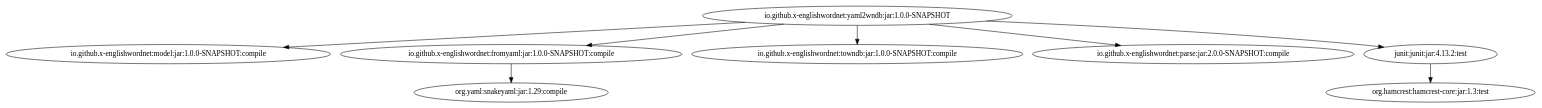
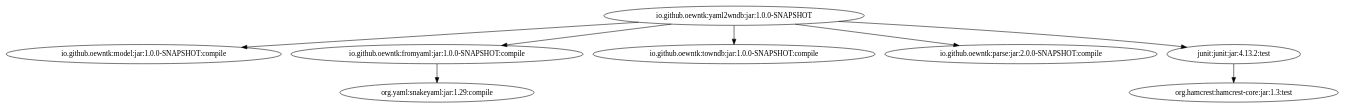
Before and after one commit to oewntk/grind_yaml2wndb: the diagram in images/grind-yaml2wndb.dot, drawn with Graphviz. The commit also changed 3 other files, not shown here.

```diff
--- a/images/grind-yaml2wndb.dot
+++ b/images/grind-yaml2wndb.dot
@@ -1,9 +1,9 @@
-digraph "io.github.x-englishwordnet:yaml2wndb:jar:1.0.0-SNAPSHOT" { 
-	"io.github.x-englishwordnet:yaml2wndb:jar:1.0.0-SNAPSHOT" -> "io.github.x-englishwordnet:model:jar:1.0.0-SNAPSHOT:compile" ; 
-	"io.github.x-englishwordnet:yaml2wndb:jar:1.0.0-SNAPSHOT" -> "io.github.x-englishwordnet:fromyaml:jar:1.0.0-SNAPSHOT:compile" ; 
-	"io.github.x-englishwordnet:yaml2wndb:jar:1.0.0-SNAPSHOT" -> "io.github.x-englishwordnet:towndb:jar:1.0.0-SNAPSHOT:compile" ; 
-	"io.github.x-englishwordnet:yaml2wndb:jar:1.0.0-SNAPSHOT" -> "io.github.x-englishwordnet:parse:jar:2.0.0-SNAPSHOT:compile" ; 
-	"io.github.x-englishwordnet:yaml2wndb:jar:1.0.0-SNAPSHOT" -> "junit:junit:jar:4.13.2:test" ; 
-	"io.github.x-englishwordnet:fromyaml:jar:1.0.0-SNAPSHOT:compile" -> "org.yaml:snakeyaml:jar:1.29:compile" ; 
+digraph "io.github.oewntk:yaml2wndb:jar:1.0.0-SNAPSHOT" {
+	"io.github.oewntk:yaml2wndb:jar:1.0.0-SNAPSHOT" -> "io.github.oewntk:model:jar:1.0.0-SNAPSHOT:compile" ;
+	"io.github.oewntk:yaml2wndb:jar:1.0.0-SNAPSHOT" -> "io.github.oewntk:fromyaml:jar:1.0.0-SNAPSHOT:compile" ;
+	"io.github.oewntk:yaml2wndb:jar:1.0.0-SNAPSHOT" -> "io.github.oewntk:towndb:jar:1.0.0-SNAPSHOT:compile" ;
+	"io.github.oewntk:yaml2wndb:jar:1.0.0-SNAPSHOT" -> "io.github.oewntk:parse:jar:2.0.0-SNAPSHOT:compile" ;
+	"io.github.oewntk:yaml2wndb:jar:1.0.0-SNAPSHOT" -> "junit:junit:jar:4.13.2:test" ;
+	"io.github.oewntk:fromyaml:jar:1.0.0-SNAPSHOT:compile" -> "org.yaml:snakeyaml:jar:1.29:compile" ;
 	"junit:junit:jar:4.13.2:test" -> "org.hamcrest:hamcrest-core:jar:1.3:test" ; 
  } 
```
